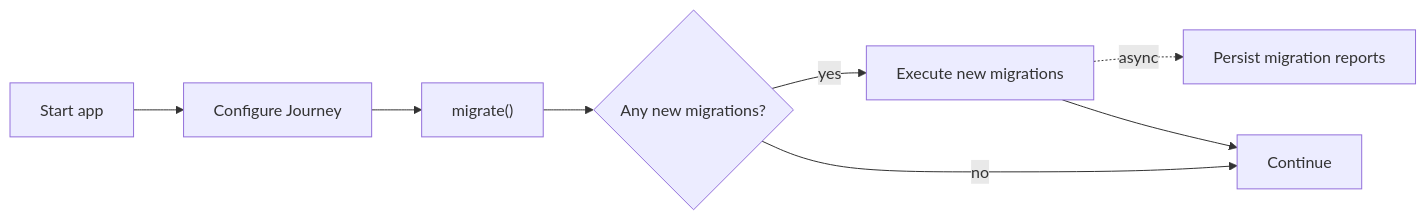
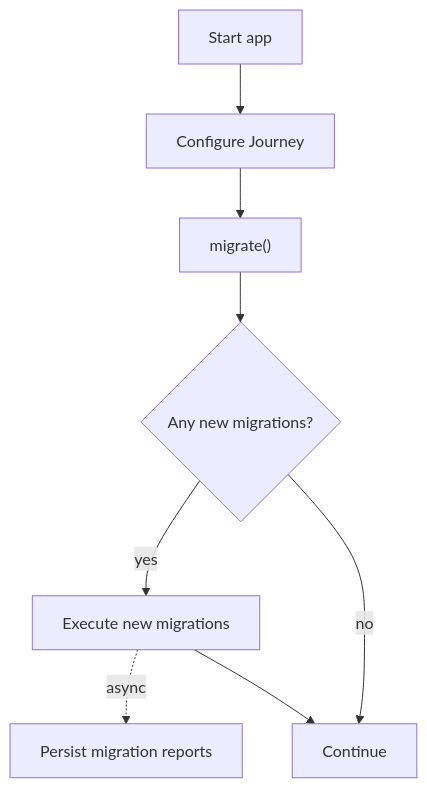
One commit to Xylez01/flutter-journey changed the diagram in README.md. Above: the diagram before and after it, drawn with Mermaid.

Commit message:
Align the mermaid diagram to to bottom

````diff
--- a/README.md
+++ b/README.md
@@ -17,10 +17,10 @@
 ```mermaid
-flowchart LR
+flowchart
     start[Start app] --> configure[Configure Journey]
     configure --> migrate["migrate()"]
     migrate --> read{Any new migrations?}
     read -->|yes| execute[Execute new migrations]
     read -->|no| continue[Continue]
     execute -.->|async| persist[Persist migration reports]
-    execute --> continue
+    execute --> continue    
 ```
````
